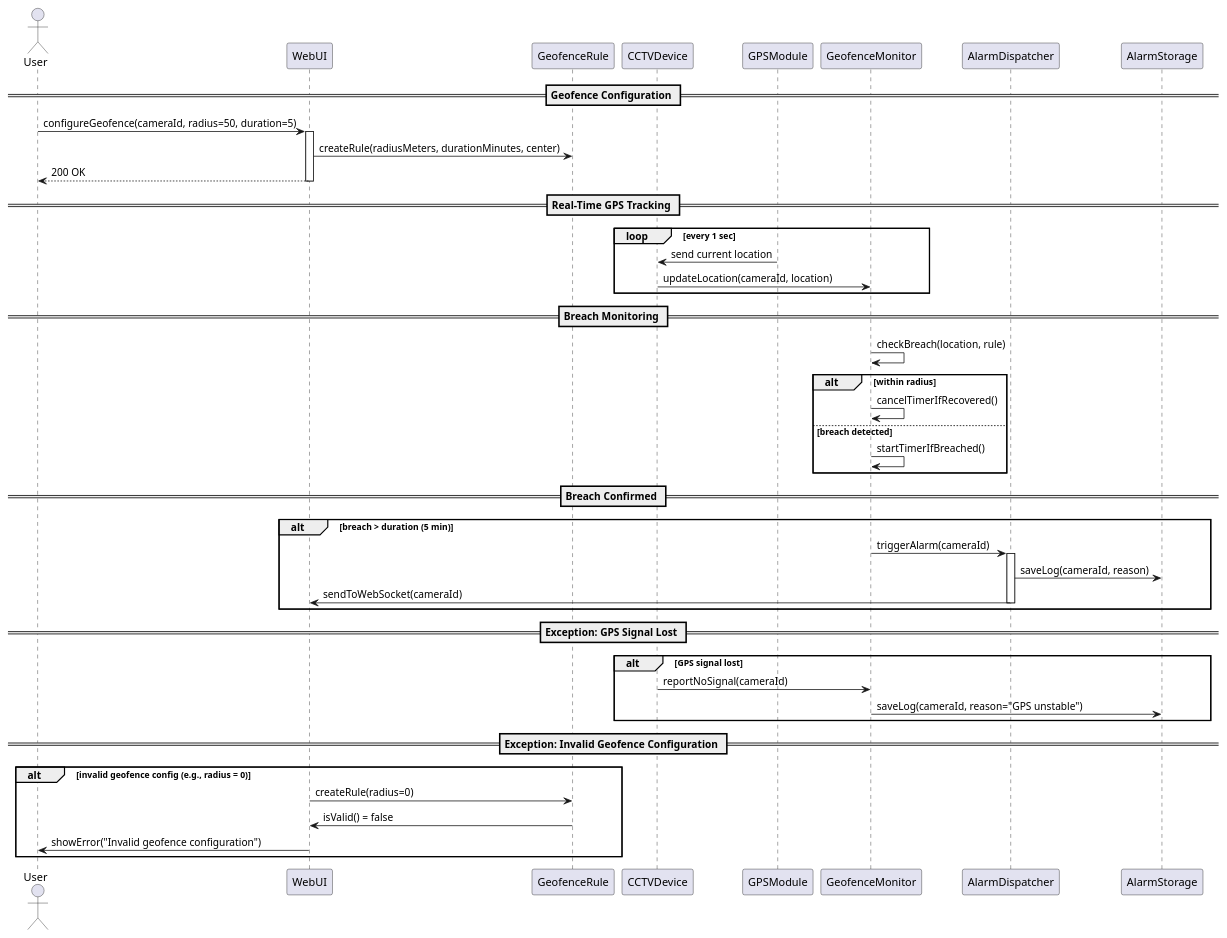
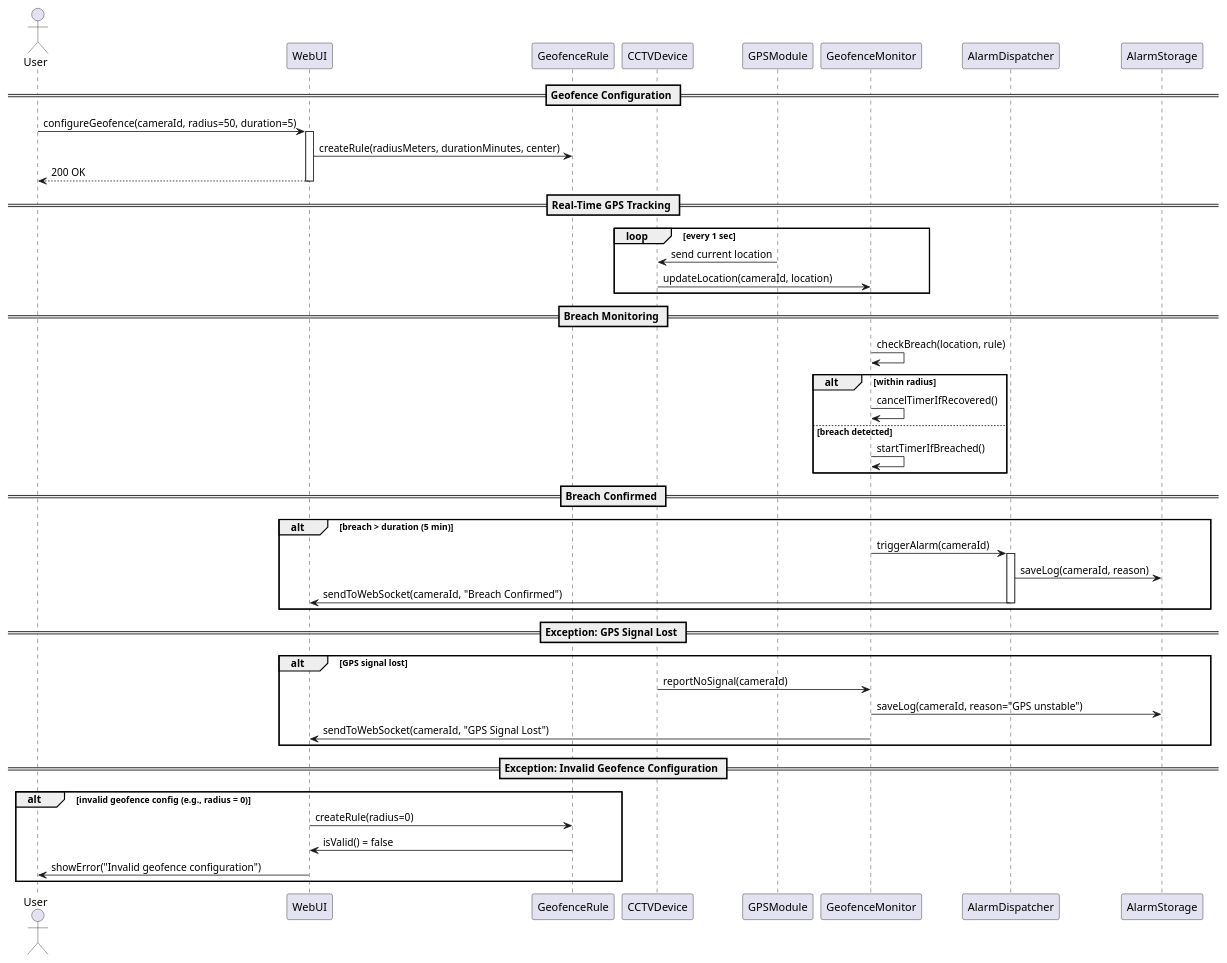
The diagram in 3.2.6_monitoring_alert_flow.plantuml (KnightChaser/opencctv-plantuml-storage), drawn with PlantUML before and after one commit.

Commit message:
Update 3.2.6_monitoring_alert_flow.plantuml
- Updated the user feedback logic in case of contingencies
  - "Breach confirmed": When a camera goes beyond the perimeter of the Geofence radius
  - "GPS signal lost": When a camera's GPS module malfunctions, so GPS tracking becomes unavailable

```diff
--- a/3.2.6_monitoring_alert_flow.plantuml
+++ b/3.2.6_monitoring_alert_flow.plantuml
@@ -1,56 +1,57 @@
 @startuml
 ' 3.2.6_monitoring_alert_flow.plantuml
 
 actor User
 participant WebUI
 participant GeofenceRule
 participant CCTVDevice
 participant GPSModule
 participant GeofenceMonitor
 participant AlarmDispatcher
 participant AlarmStorage
 
 == Geofence Configuration ==
 User -> WebUI: configureGeofence(cameraId, radius=50, duration=5)
 activate WebUI
 WebUI -> GeofenceRule: createRule(radiusMeters, durationMinutes, center)
 WebUI --> User: 200 OK
 deactivate WebUI
 
 == Real-Time GPS Tracking ==
 loop every 1 sec
   GPSModule -> CCTVDevice: send current location
   CCTVDevice -> GeofenceMonitor: updateLocation(cameraId, location)
 end
 
 == Breach Monitoring ==
 GeofenceMonitor -> GeofenceMonitor: checkBreach(location, rule)
 alt within radius
   GeofenceMonitor -> GeofenceMonitor: cancelTimerIfRecovered()
 else breach detected
   GeofenceMonitor -> GeofenceMonitor: startTimerIfBreached()
 end
 
 == Breach Confirmed ==
 alt breach > duration (5 min)
   GeofenceMonitor -> AlarmDispatcher: triggerAlarm(cameraId)
   activate AlarmDispatcher
   AlarmDispatcher -> AlarmStorage: saveLog(cameraId, reason)
-  AlarmDispatcher -> WebUI: sendToWebSocket(cameraId)
+  AlarmDispatcher -> WebUI: sendToWebSocket(cameraId, "Breach Confirmed")
   deactivate AlarmDispatcher
 end
 
 == Exception: GPS Signal Lost ==
 alt GPS signal lost
   CCTVDevice -> GeofenceMonitor: reportNoSignal(cameraId)
   GeofenceMonitor -> AlarmStorage: saveLog(cameraId, reason="GPS unstable")
+  GeofenceMonitor -> WebUI: sendToWebSocket(cameraId, "GPS Signal Lost")
 end
 
 == Exception: Invalid Geofence Configuration ==
 alt invalid geofence config (e.g., radius = 0)
   WebUI -> GeofenceRule: createRule(radius=0)
   GeofenceRule -> WebUI: isValid() = false
   WebUI -> User: showError("Invalid geofence configuration")
 end
 
 @enduml
```
